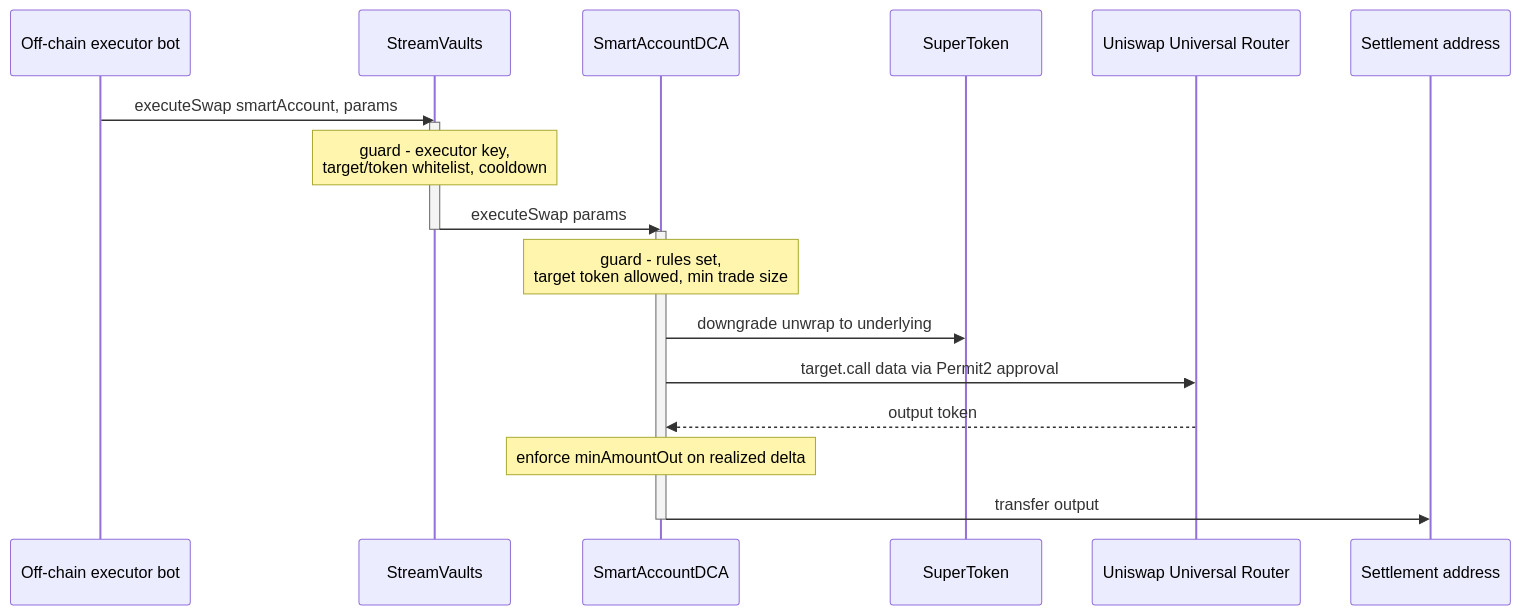
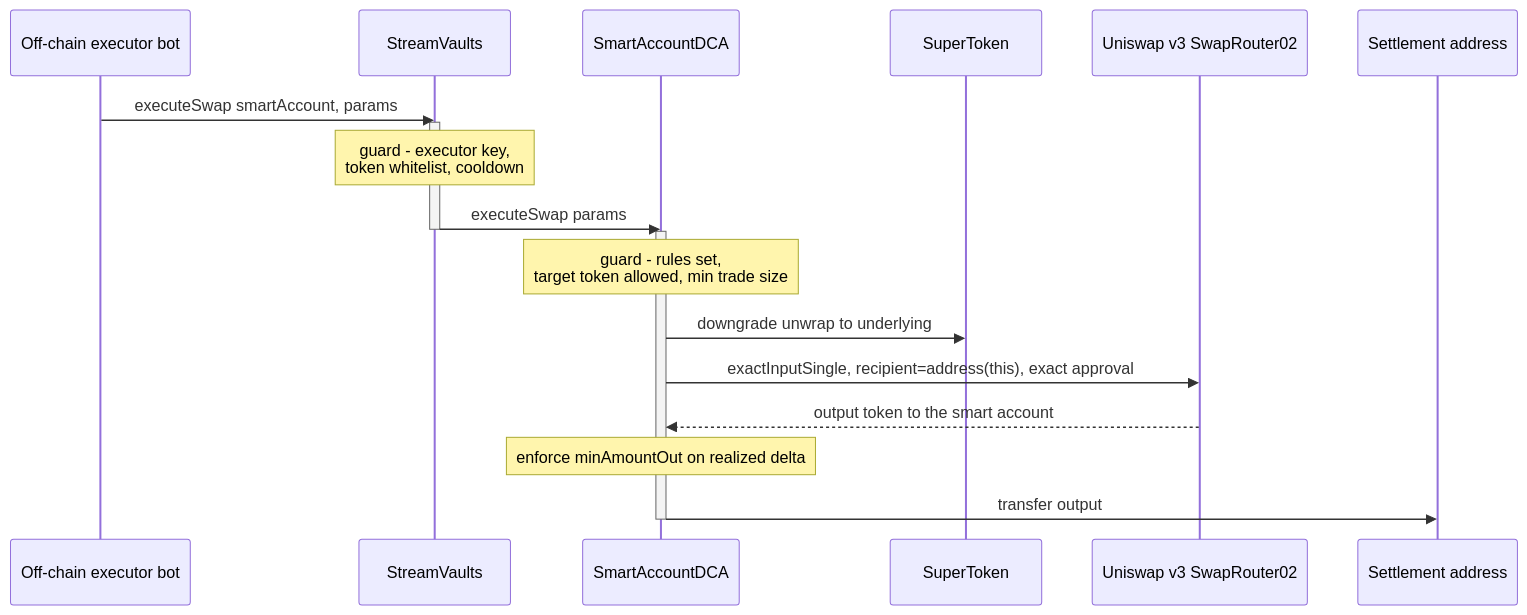
Before and after one commit to RookieCol/streams-dca: the second of 2 diagrams in apps/contracts/README.md, drawn with Mermaid. The commit also changed other lines of this file and 1 other file, not shown here.

````diff
--- a/apps/contracts/README.md
+++ b/apps/contracts/README.md
@@ -63,23 +66,23 @@
 ```mermaid
 sequenceDiagram
     participant Bot as Off-chain executor bot
     participant Vaults as StreamVaults
     participant SA as SmartAccountDCA
     participant Super as SuperToken
-    participant Router as Uniswap Universal Router
+    participant Router as Uniswap v3 SwapRouter02
     participant Dst as Settlement address
 
     Bot->>Vaults: executeSwap smartAccount, params
     activate Vaults
-    Note over Vaults: guard - executor key,<br/>target/token whitelist, cooldown
+    Note over Vaults: guard - executor key,<br/>token whitelist, cooldown
     Vaults->>SA: executeSwap params
     deactivate Vaults
     activate SA
     Note over SA: guard - rules set,<br/>target token allowed, min trade size
     SA->>Super: downgrade unwrap to underlying
-    SA->>Router: target.call data via Permit2 approval
-    Router-->>SA: output token
+    SA->>Router: exactInputSingle, recipient=address(this), exact approval
+    Router-->>SA: output token to the smart account
     Note over SA: enforce minAmountOut on realized delta
     SA->>Dst: transfer output
     deactivate SA
 ```
````
